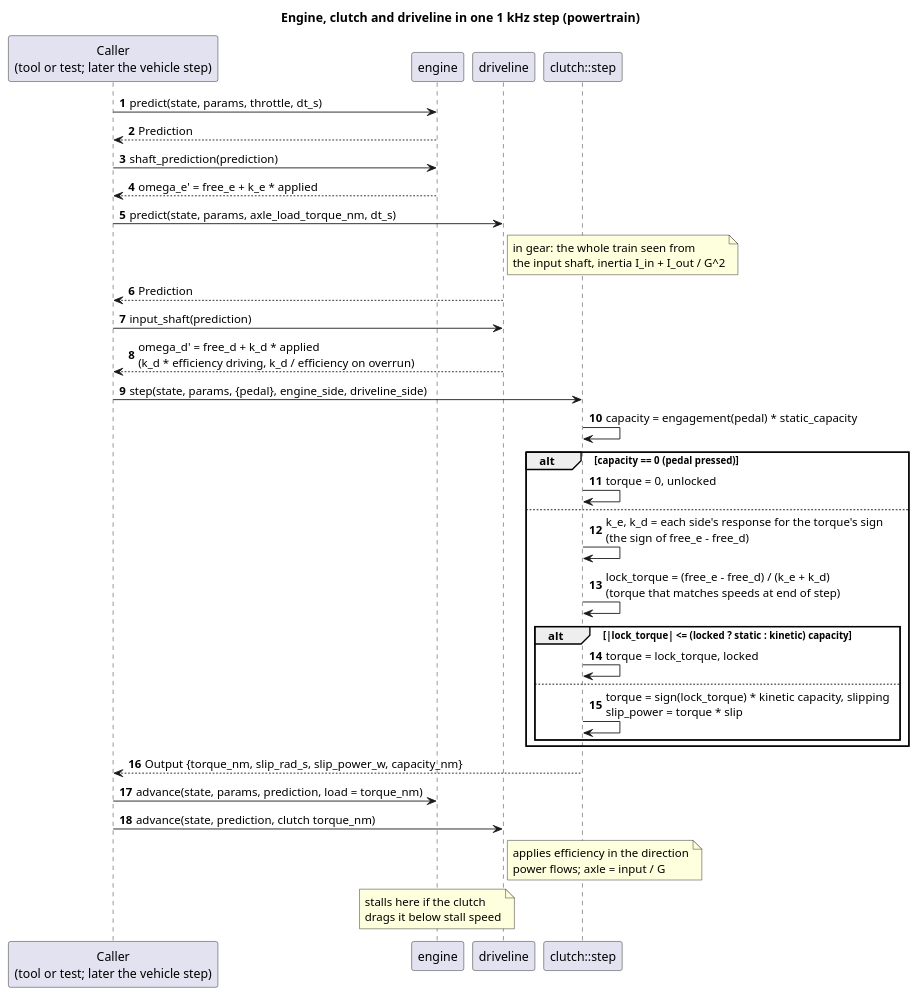
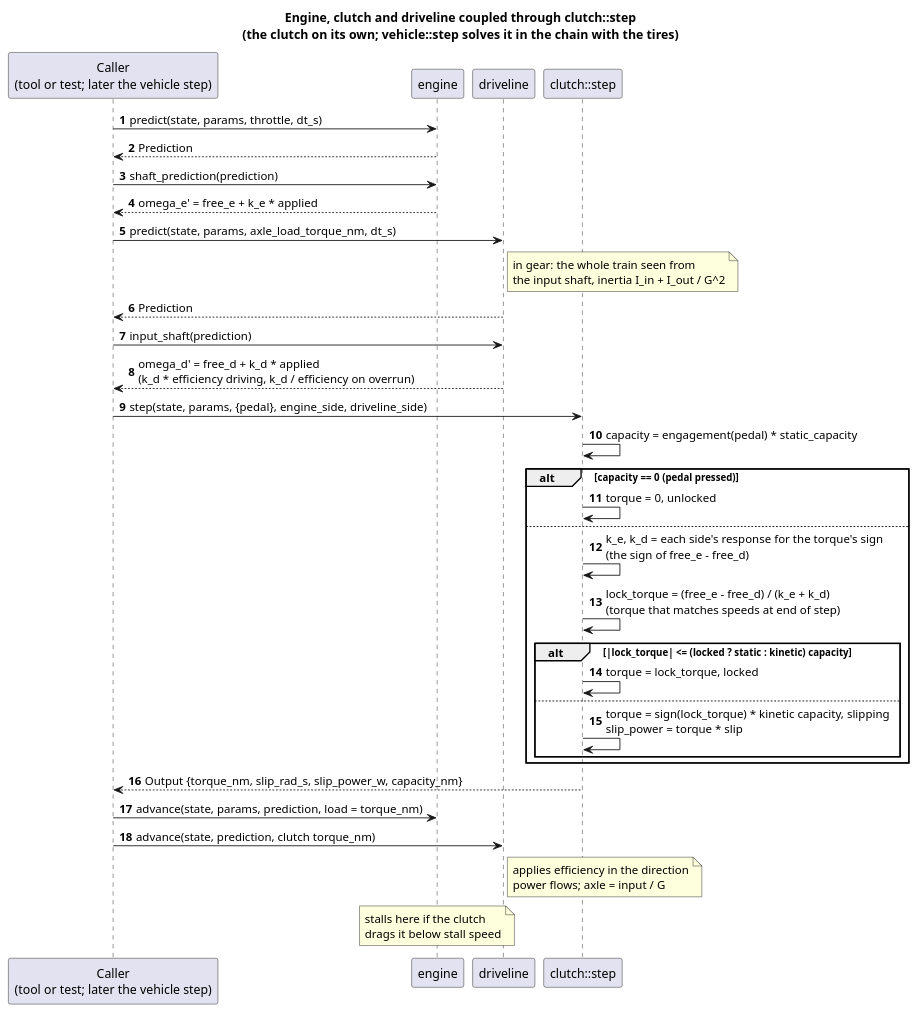
Before and after one commit to wversteeg/TractorPulling: the diagram in docs/diagrams/clutch_coupling_sequence.puml, drawn with PlantUML. The commit also changed 24 other files, not shown here.

```diff
--- a/docs/diagrams/clutch_coupling_sequence.puml
+++ b/docs/diagrams/clutch_coupling_sequence.puml
@@ -1,38 +1,38 @@
 @startuml clutch_coupling_sequence
-title Engine, clutch and driveline in one 1 kHz step (powertrain)
+title Engine, clutch and driveline coupled through clutch::step\n(the clutch on its own; vehicle::step solves it in the chain with the tires)
 autonumber
 participant "Caller\n(tool or test; later the vehicle step)" as Caller
 participant "engine" as Engine
 participant "driveline" as Driveline
 participant "clutch::step" as Clutch
 
 Caller -> Engine : predict(state, params, throttle, dt_s)
 Engine --> Caller : Prediction
 Caller -> Engine : shaft_prediction(prediction)
 Engine --> Caller : omega_e' = free_e + k_e * applied
 Caller -> Driveline : predict(state, params, axle_load_torque_nm, dt_s)
 note right of Driveline : in gear: the whole train seen from\nthe input shaft, inertia I_in + I_out / G^2
 Driveline --> Caller : Prediction
 Caller -> Driveline : input_shaft(prediction)
 Driveline --> Caller : omega_d' = free_d + k_d * applied\n(k_d * efficiency driving, k_d / efficiency on overrun)
 
 Caller -> Clutch : step(state, params, {pedal}, engine_side, driveline_side)
 Clutch -> Clutch : capacity = engagement(pedal) * static_capacity
 alt capacity == 0 (pedal pressed)
   Clutch -> Clutch : torque = 0, unlocked
 else
   Clutch -> Clutch : k_e, k_d = each side's response for the torque's sign\n(the sign of free_e - free_d)
   Clutch -> Clutch : lock_torque = (free_e - free_d) / (k_e + k_d)\n(torque that matches speeds at end of step)
   alt |lock_torque| <= (locked ? static : kinetic) capacity
     Clutch -> Clutch : torque = lock_torque, locked
   else
     Clutch -> Clutch : torque = sign(lock_torque) * kinetic capacity, slipping\nslip_power = torque * slip
   end
 end
 Clutch --> Caller : Output {torque_nm, slip_rad_s, slip_power_w, capacity_nm}
 
 Caller -> Engine : advance(state, params, prediction, load = torque_nm)
 Caller -> Driveline : advance(state, prediction, clutch torque_nm)
 note right of Driveline : applies efficiency in the direction\npower flows; axle = input / G
 note over Engine : stalls here if the clutch\ndrags it below stall speed
 @enduml
```
